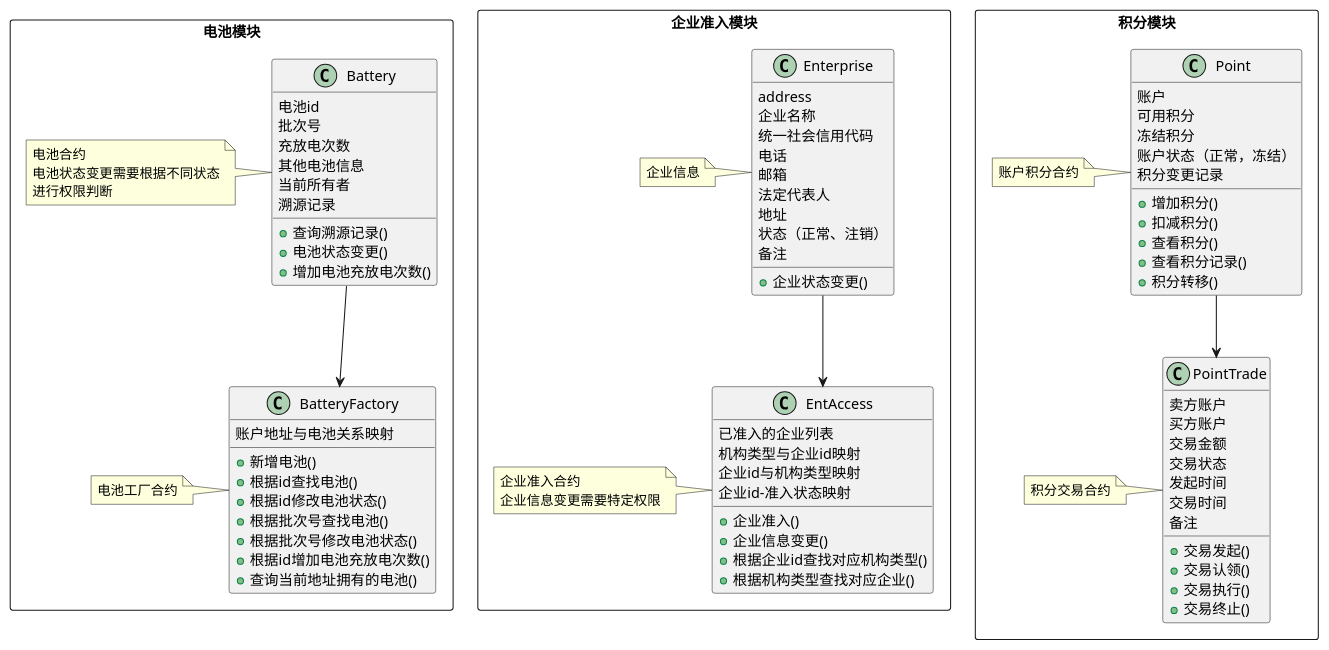
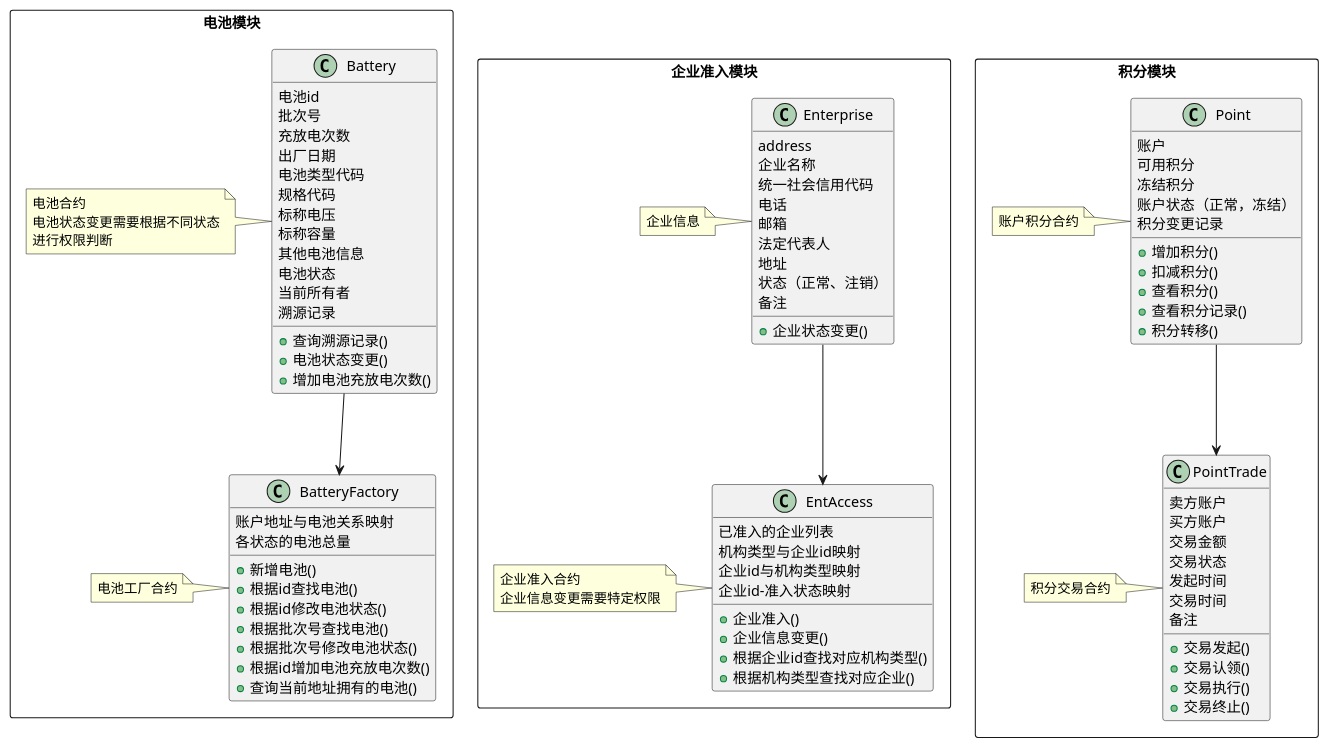
One commit to cmgun/B-Recycle changed the diagram in docs/合约结构.puml. Above: the diagram before and after it, drawn with PlantUML. The commit also changed 1 other file, not shown here.

```diff
--- a/docs/合约结构.puml
+++ b/docs/合约结构.puml
@@ -1,126 +1,133 @@
 @startuml
 'https://plantuml.com/class-diagram
 
 '电池溯源模块
 package 电池模块 <<Rectangle>> {
 class Battery {
 电池id
 批次号
 充放电次数
+出厂日期
+电池类型代码
+规格代码
+标称电压
+标称容量
 其他电池信息
+电池状态
 当前所有者
 溯源记录
 + 查询溯源记录()
 + 电池状态变更()
 + 增加电池充放电次数()
 }
 note left of Battery
 电池合约
 电池状态变更需要根据不同状态
 进行权限判断
 end note
 
 class BatteryFactory {
 '电池列表
 账户地址与电池关系映射
+各状态的电池总量
 
 + 新增电池()
 + 根据id查找电池()
 + 根据id修改电池状态()
 + 根据批次号查找电池()
 + 根据批次号修改电池状态()
 + 根据id增加电池充放电次数()
 + 查询当前地址拥有的电池()
 }
 note left of BatteryFactory
 电池工厂合约
 end note
 
 
 Battery --> BatteryFactory
 
 }
 
 
 '机构准入模块
 package 企业准入模块 <<Rectangle>> {
 class Enterprise {
 address
 企业名称
 统一社会信用代码
 电话
 邮箱
 法定代表人
 地址
 状态（正常、注销）
 备注
 
 + 企业状态变更()
 }
 note left of Enterprise
 企业信息
 end note
 
 class EntAccess {
 已准入的企业列表
 机构类型与企业id映射
 企业id与机构类型映射
 企业id-准入状态映射
 
 + 企业准入()
 + 企业信息变更()
 + 根据企业id查找对应机构类型()
 + 根据机构类型查找对应企业()
 }
 note left of EntAccess
 企业准入合约
 企业信息变更需要特定权限
 end note
 
 Enterprise --> EntAccess
 
 }
 
 '积分模块
 package 积分模块 <<Rectangle>> {
 class Point {
 账户
 可用积分
 冻结积分
 账户状态（正常，冻结）
 积分变更记录
 
 + 增加积分()
 + 扣减积分()
 + 查看积分()
 + 查看积分记录()
 + 积分转移()
 }
 note left of Point
 账户积分合约
 end note
 
 class PointTrade {
 卖方账户
 买方账户
 交易金额
 交易状态
 发起时间
 交易时间
 备注
 
 + 交易发起()
 + 交易认领()
 + 交易执行()
 + 交易终止()
 }
 note left of PointTrade
 积分交易合约
 end note
 
 Point --> PointTrade
 }
 
 
 
 @enduml
```
